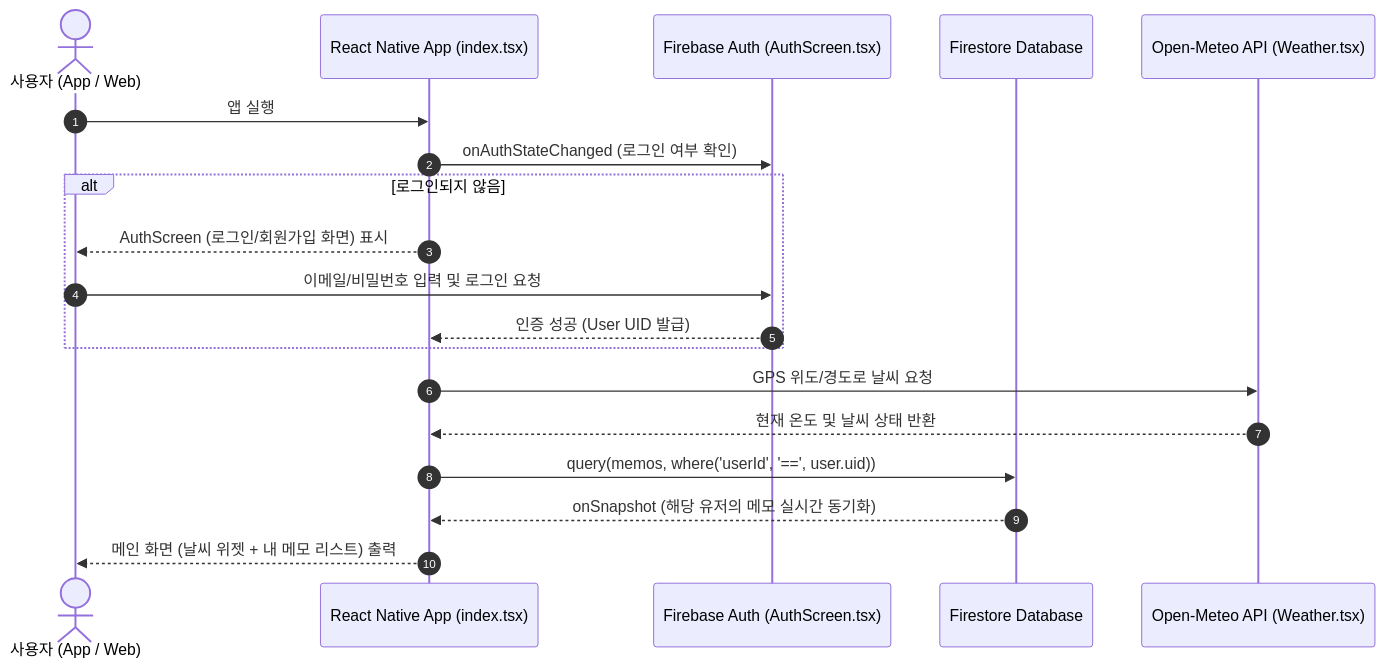
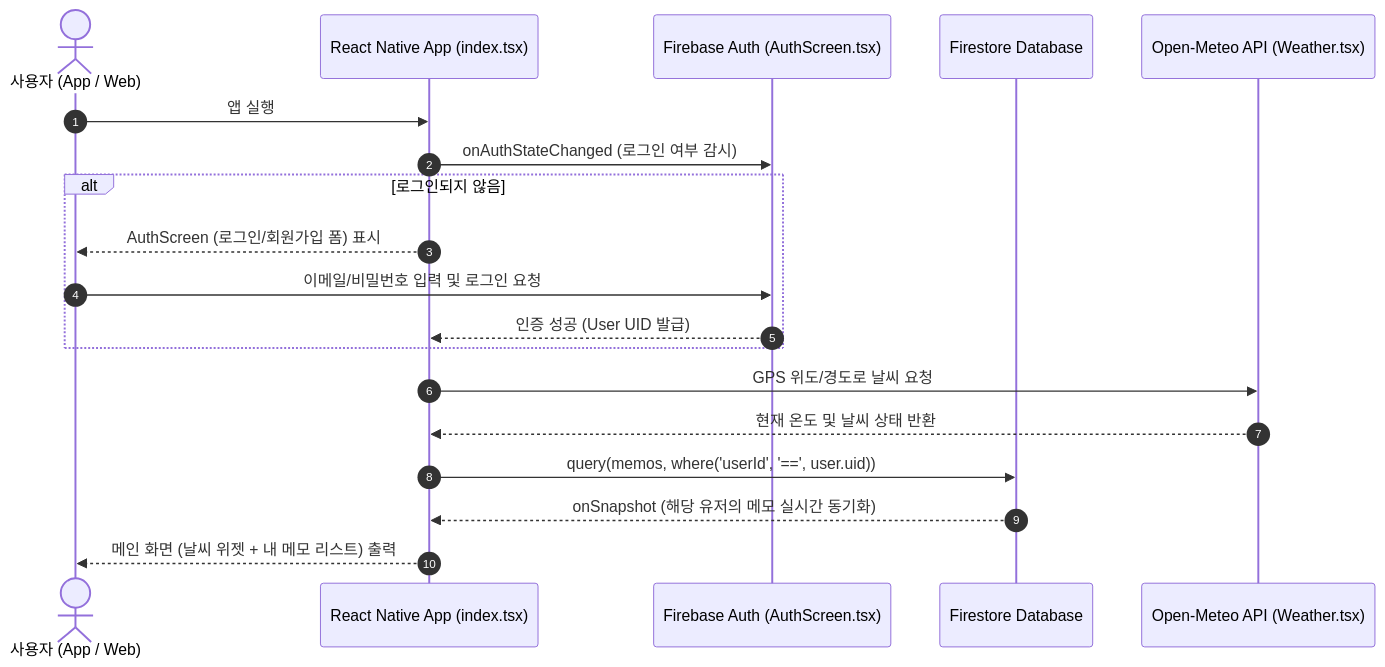
Before and after one commit to akimgsu/weather-todo: the diagram in CODE_WALKTHROUGH.md, drawn with Mermaid. The commit also changed other lines of this file and 1 other file, not shown here.

````diff
--- a/CODE_WALKTHROUGH.md
+++ b/CODE_WALKTHROUGH.md
@@ -9,24 +35,24 @@
 ```mermaid
 sequenceDiagram
     autonumber
     actor User as 사용자 (App / Web)
     participant App as React Native App (index.tsx)
     participant Auth as Firebase Auth (AuthScreen.tsx)
     participant DB as Firestore Database
     participant WeatherAPI as Open-Meteo API (Weather.tsx)
 
     User->>App: 앱 실행
-    App->>Auth: onAuthStateChanged (로그인 여부 확인)
+    App->>Auth: onAuthStateChanged (로그인 여부 감시)
     alt 로그인되지 않음
-        App-->>User: AuthScreen (로그인/회원가입 화면) 표시
+        App-->>User: AuthScreen (로그인/회원가입 폼) 표시
         User->>Auth: 이메일/비밀번호 입력 및 로그인 요청
         Auth-->>App: 인증 성공 (User UID 발급)
     end
     
     App->>WeatherAPI: GPS 위도/경도로 날씨 요청
     WeatherAPI-->>App: 현재 온도 및 날씨 상태 반환
     
     App->>DB: query(memos, where('userId', '==', user.uid))
     DB-->>App: onSnapshot (해당 유저의 메모 실시간 동기화)
     App-->>User: 메인 화면 (날씨 위젯 + 내 메모 리스트) 출력
 ```
````
